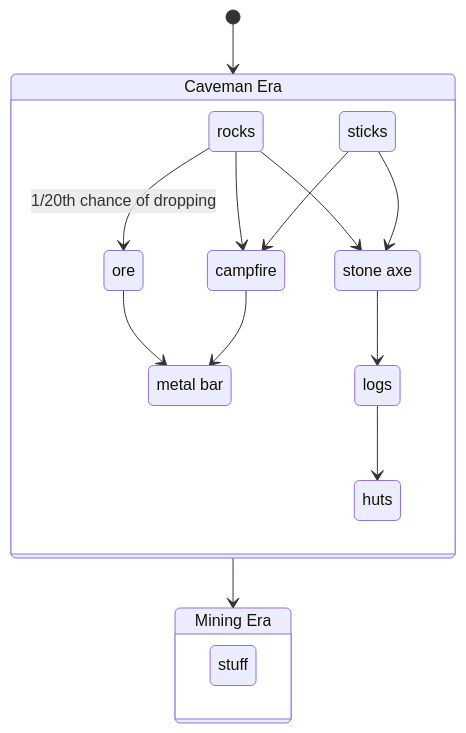
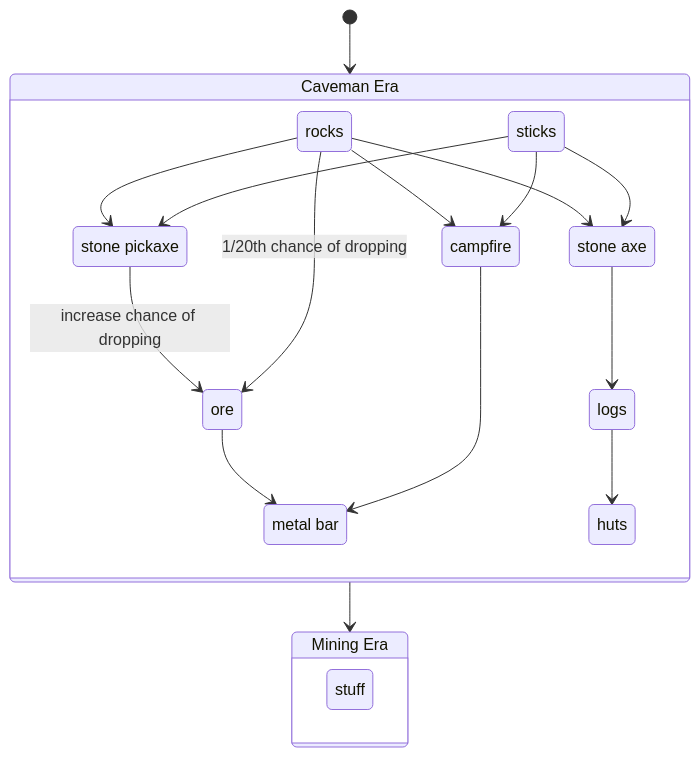
The second of 2 diagrams in FLOWCHART.md (ethan-w-foshee/TerraStella), drawn with Mermaid before and after one commit.

Commit message:
Add pickaxe

````diff
--- a/FLOWCHART.md
+++ b/FLOWCHART.md
@@ -58,43 +58,47 @@
 ```mermaid
 stateDiagram-v2
 
  1  : Caveman Era
  2  : Mining Era
 
  state 1 {
     1.1a : sticks
     1.1b : rocks
     1.1c : ore
     1.1d : campfire
     1.1e : metal bar
     1.1f : huts
     1.1g : stone axe
     1.1h : logs
+    1.1i : stone pickaxe
 
     %% Main storyline
     1.1b --> 1.1c : 1/20th chance of dropping
     1.1d --> 1.1e
     1.1c --> 1.1e
 
     %% Different things that use both sticks and rocks
     1.1a --> 1.1d
     1.1b --> 1.1d
     1.1a --> 1.1g
     1.1b --> 1.1g
+    1.1a --> 1.1i
+    1.1b --> 1.1i
 
     %% Add-ons
     1.1g --> 1.1h
     1.1h --> 1.1f
+    1.1i --> 1.1c : increase chance of dropping
  }
 
 
 
 
  state 2 {
     2.1a : stuff
 
  }
 
  [*] --> 1
  1 --> 2
 ```
````
